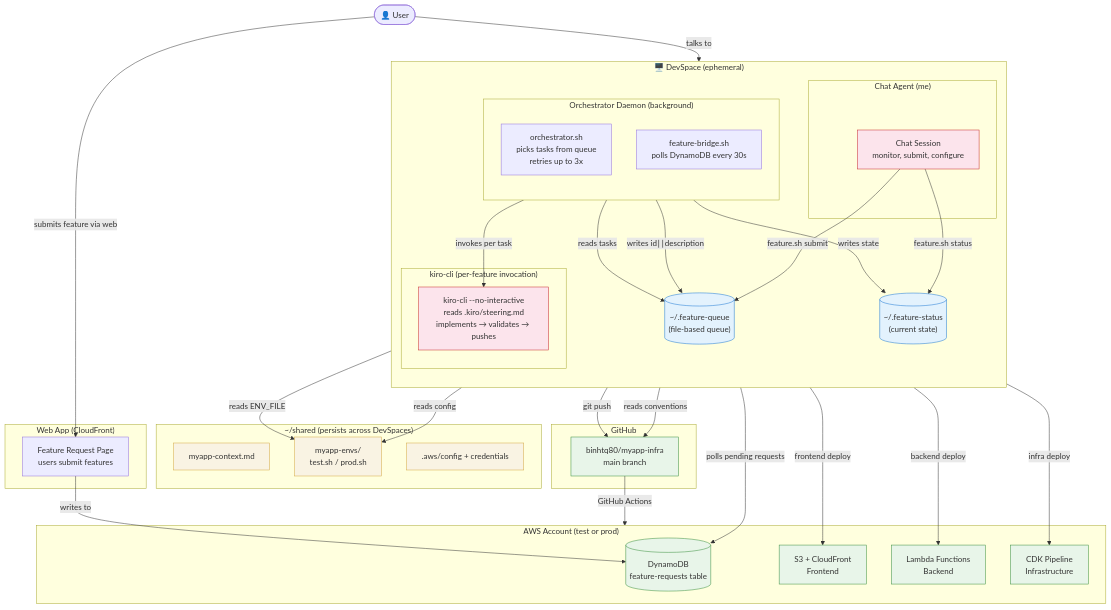
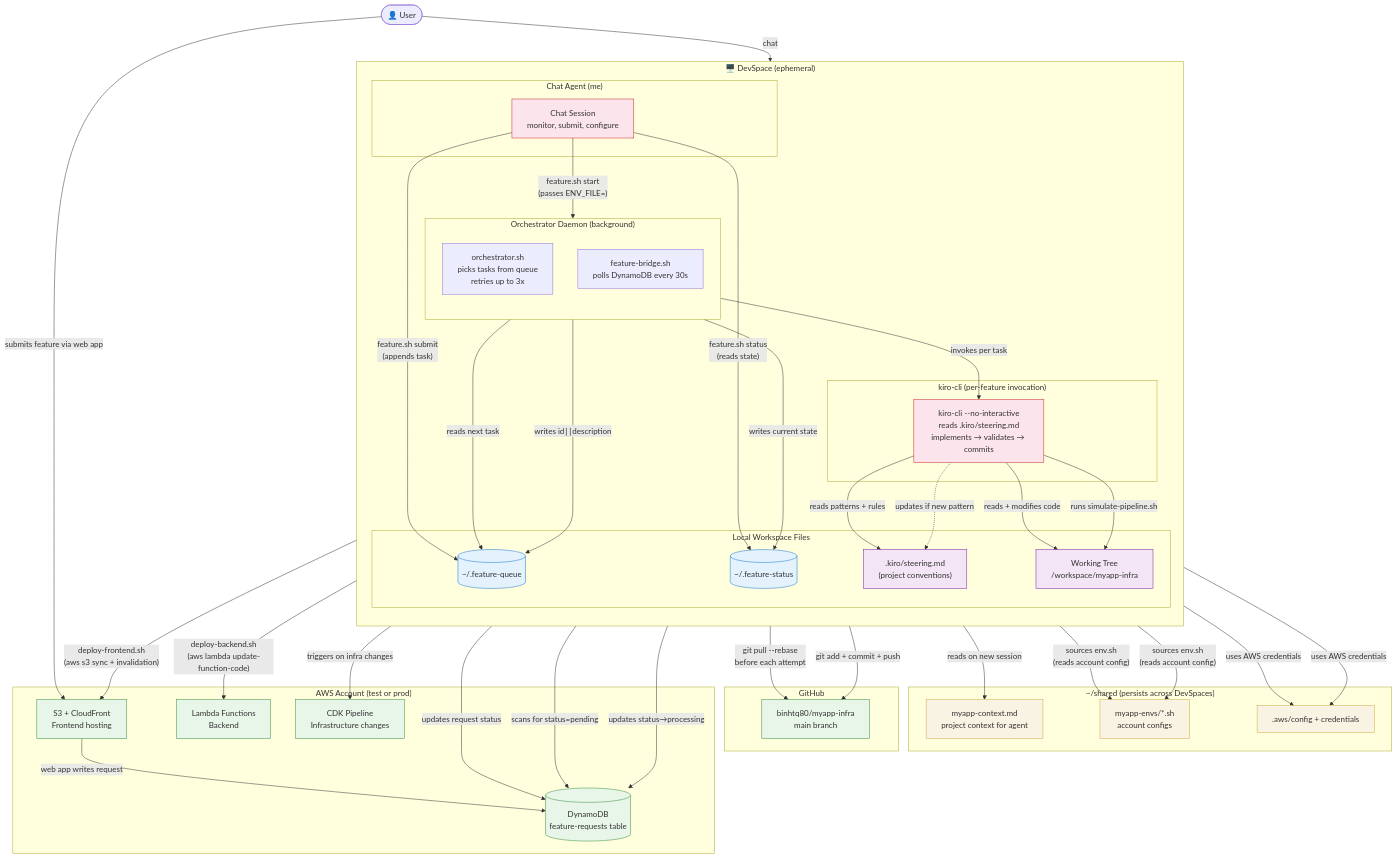
Before and after one commit to binhtq80/home-secure-app: the diagram in docs/architecture-diagram.md, drawn with Mermaid.

Commit message:
docs: update architecture diagram with accurate interaction lines

````diff
--- a/docs/architecture-diagram.md
+++ b/docs/architecture-diagram.md
@@ -18,70 +18,86 @@
         end
 
         subgraph KiroCLI["kiro-cli (per-feature invocation)"]
-            Kiro[kiro-cli --no-interactive<br/>reads .kiro/steering.md<br/>implements → validates → pushes]
+            Kiro[kiro-cli --no-interactive<br/>reads .kiro/steering.md<br/>implements → validates → commits]
         end
 
-        Queue[("~/.feature-queue<br/>(file-based queue)")]
-        Status[("~/.feature-status<br/>(current state)")]
+        subgraph LocalFiles["Local Workspace Files"]
+            Queue[("~/.feature-queue")]
+            Status[("~/.feature-status")]
+            Steering[".kiro/steering.md<br/>(project conventions)"]
+            WorkingTree["Working Tree<br/>/workspace/myapp-infra"]
+        end
 
     end
 
-    %% ─── External Systems ───
+    %% ─── Persistent Layer ───
     subgraph Persistent["~/shared (persists across DevSpaces)"]
-        Context[myapp-context.md]
-        EnvFiles[myapp-envs/<br/>test.sh / prod.sh]
+        Context[myapp-context.md<br/>project context for agent]
+        EnvFiles[myapp-envs/*.sh<br/>account configs]
         AWSCreds[.aws/config + credentials]
     end
 
+    %% ─── External Systems ───
     subgraph GitHub["GitHub"]
         Repo[binhtq80/myapp-infra<br/>main branch]
     end
 
     subgraph AWS["AWS Account (test or prod)"]
         DDB[(DynamoDB<br/>feature-requests table)]
-        S3[S3 + CloudFront<br/>Frontend]
+        S3[S3 + CloudFront<br/>Frontend hosting]
         Lambda[Lambda Functions<br/>Backend]
-        Pipeline[CDK Pipeline<br/>Infrastructure]
+        Pipeline[CDK Pipeline<br/>Infrastructure changes]
     end
 
-    subgraph WebApp["Web App (CloudFront)"]
-        FeaturePage[Feature Request Page<br/>users submit features]
-    end
+    %% ─── User interactions ───
+    User -->|"chat"| Me
+    User -->|"submits feature via web app"| S3
+    S3 -->|"web app writes request"| DDB
 
-    %% ─── Connections ───
-    User -->|"talks to"| Me
-    User -->|"submits feature via web"| FeaturePage
-    FeaturePage -->|"writes to"| DDB
+    %% ─── Chat Agent interactions ───
+    Me -->|"reads on new session"| Context
+    Me -->|"feature.sh start<br/>(passes ENV_FILE=)"| ORC
+    Me -->|"feature.sh submit<br/>(appends task)"| Queue
+    Me -->|"feature.sh status<br/>(reads state)"| Status
 
-    Me -->|"feature.sh submit"| Queue
-    Me -->|"feature.sh status"| Status
-    Me -->|"reads ENV_FILE"| EnvFiles
+    %% ─── Orchestrator interactions ───
+    ORC -->|"sources env.sh<br/>(reads account config)"| EnvFiles
+    ORC -->|"reads next task"| Queue
+    ORC -->|"writes current state"| Status
+    ORC -->|"invokes per task"| Kiro
+    ORC -->|"git pull --rebase<br/>before each attempt"| Repo
+    ORC -->|"deploy-frontend.sh<br/>(aws s3 sync + invalidation)"| S3
+    ORC -->|"deploy-backend.sh<br/>(aws lambda update-function-code)"| Lambda
+    ORC -->|"triggers on infra changes"| Pipeline
+    ORC -->|"updates request status"| DDB
 
-    Bridge -->|"polls pending requests"| DDB
+    %% ─── Bridge interactions ───
+    Bridge -->|"sources env.sh<br/>(reads account config)"| EnvFiles
+    Bridge -->|"scans for status=pending"| DDB
     Bridge -->|"writes id∣∣description"| Queue
+    Bridge -->|"updates status→processing"| DDB
 
-    ORC -->|"reads tasks"| Queue
-    ORC -->|"writes state"| Status
-    ORC -->|"invokes per task"| Kiro
-    ORC -->|"reads config"| EnvFiles
+    %% ─── kiro-cli interactions ───
+    Kiro -->|"reads patterns + rules"| Steering
+    Kiro -->|"reads + modifies code"| WorkingTree
+    Kiro -->|"runs simulate-pipeline.sh"| WorkingTree
+    Kiro -->|"git add + commit + push"| Repo
+    Kiro -.->|"updates if new pattern"| Steering
 
-    Kiro -->|"git push"| Repo
-    Kiro -->|"reads conventions"| Repo
-
-    ORC -->|"frontend deploy"| S3
-    ORC -->|"backend deploy"| Lambda
-    ORC -->|"infra deploy"| Pipeline
-
-    Repo -->|"GitHub Actions"| AWS
+    %% ─── AWS auth ───
+    ORC -->|"uses AWS credentials"| AWSCreds
+    Bridge -->|"uses AWS credentials"| AWSCreds
 
     %% ─── Styling ───
     classDef persistent fill:#f9f3e3,stroke:#d4a843
     classDef ephemeral fill:#e3f2fd,stroke:#1976d2
     classDef external fill:#e8f5e9,stroke:#388e3c
     classDef agent fill:#fce4ec,stroke:#c62828
+    classDef localfile fill:#f3e5f5,stroke:#7b1fa2
 
     class Context,EnvFiles,AWSCreds persistent
     class Queue,Status ephemeral
     class DDB,S3,Lambda,Pipeline,Repo external
     class Me,Kiro agent
+    class Steering,WorkingTree localfile
 ```
````
